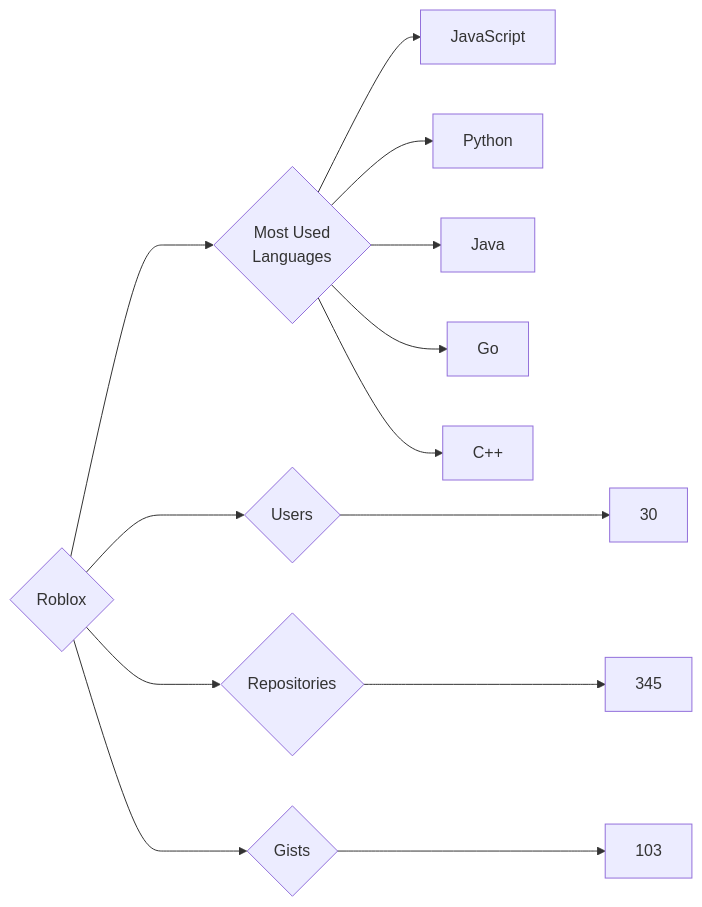
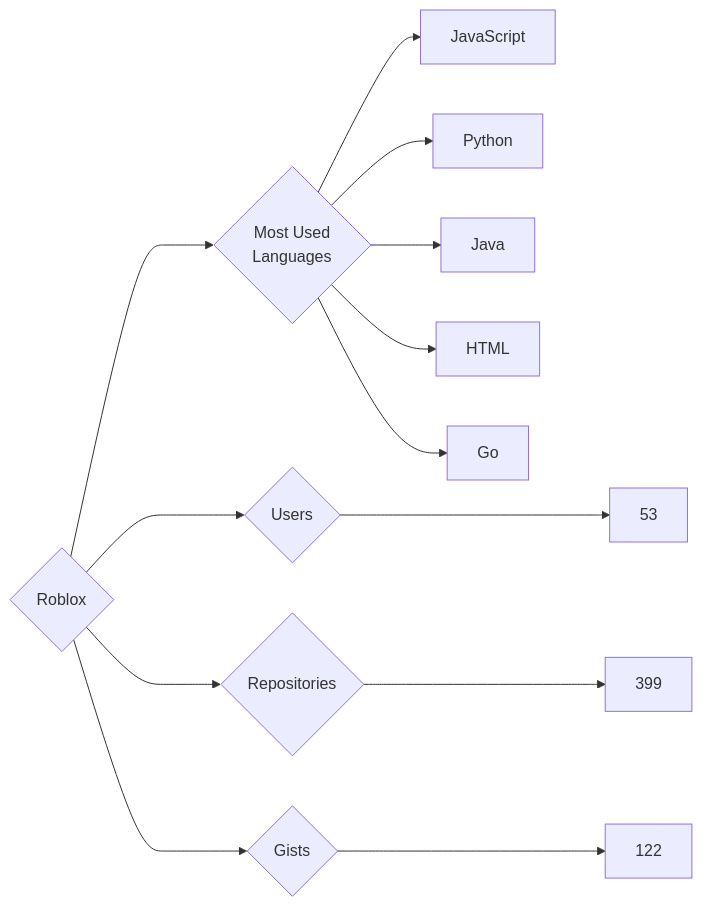
One commit to trickest/insiders changed the diagram in targets/Roblox/README.md. Above: the diagram before and after it, drawn with Mermaid. The commit also changed 969 other files, not shown here.

````diff
--- a/targets/Roblox/README.md
+++ b/targets/Roblox/README.md
@@ -3,13 +3,13 @@
 ```mermaid
 graph LR
 COMPANY_NAME{Roblox}
-COMPANY_NAME ---> U{Users} ---> UN[30]
-COMPANY_NAME ---> R{Repositories} ---> RN[345]
-COMPANY_NAME ---> G{Gists} ---> GN[103]
+COMPANY_NAME ---> U{Users} ---> UN[53]
+COMPANY_NAME ---> R{Repositories} ---> RN[399]
+COMPANY_NAME ---> G{Gists} ---> GN[122]
 COMPANY_NAME ---> ML{Most Used<br>Languages}
 ML --> JavaScript[JavaScript]
 ML --> Python[Python]
 ML --> Java[Java]
+ML --> HTML[HTML]
 ML --> Go[Go]
-ML --> C++[C++]
 ```
````
